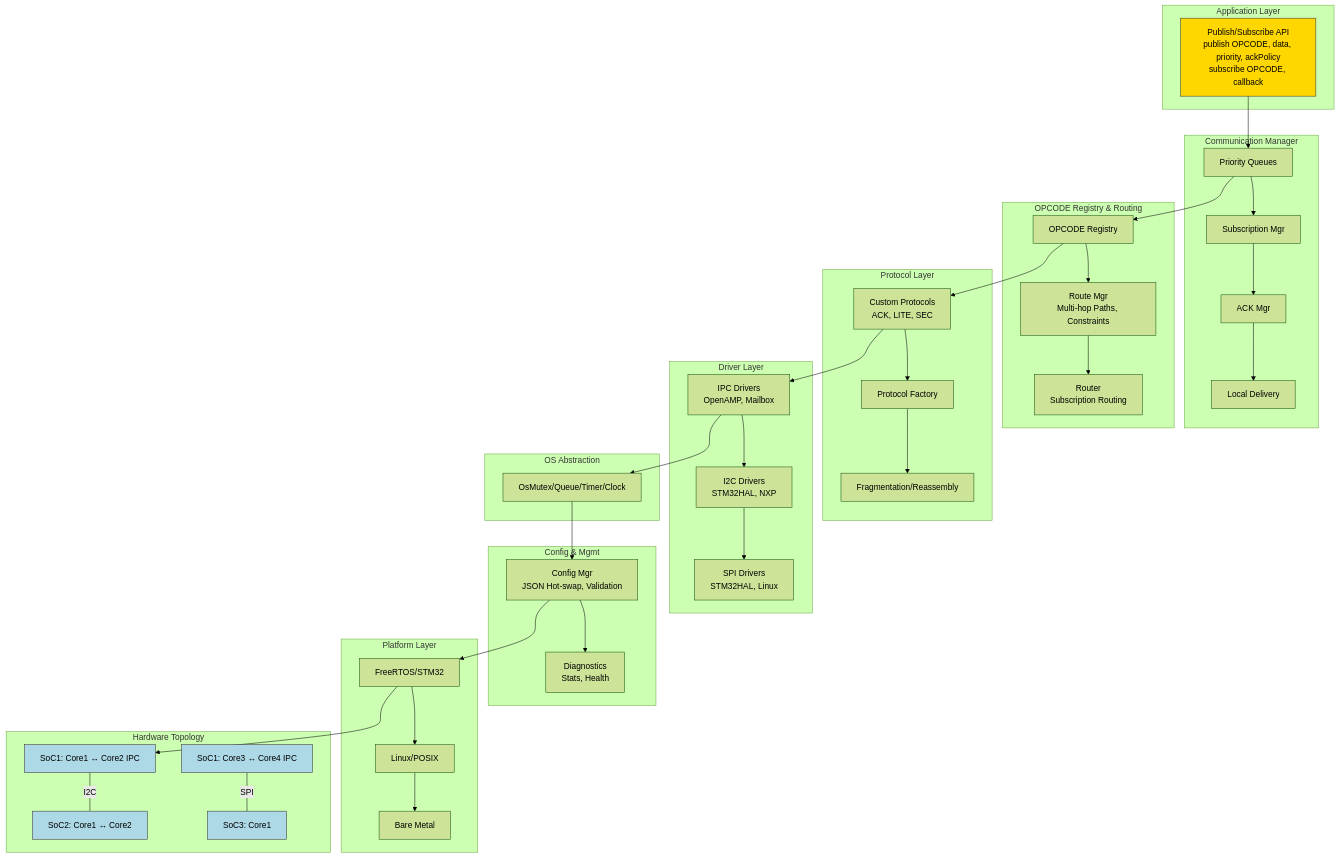
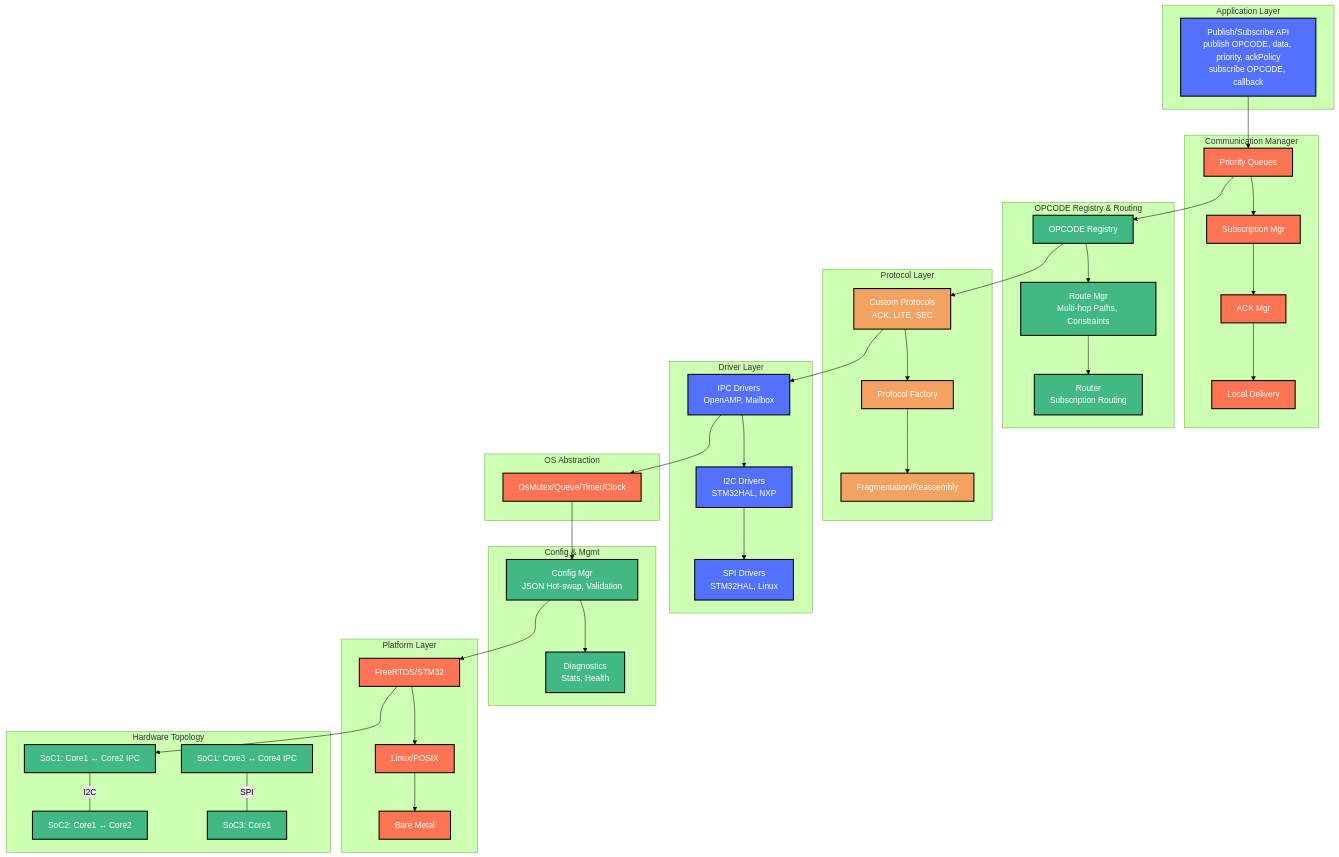
The first of 6 diagrams in docs/1-opcode-messaging-system.md (maxim-pain/opcode-messaging-system), drawn with Mermaid (forest theme) before and after one commit. The commit also changed other lines of this file, not shown here.

````diff
--- a/docs/1-opcode-messaging-system.md
+++ b/docs/1-opcode-messaging-system.md
@@ -55,5 +55,17 @@
 ```mermaid
 graph TD
+
+%% Using high-contrast colors that work well on both dark and light backgrounds
+classDef client fill:#5271ff,stroke:#000000,stroke-width:2px,color:#ffffff
+classDef server fill:#ff7452,stroke:#000000,stroke-width:2px,color:#ffffff
+classDef library fill:#42b983,stroke:#000000,stroke-width:2px,color:#ffffff
+classDef tools fill:#f4a261,stroke:#000000,stroke-width:2px,color:#ffffff
+classDef test fill:#8338ec,stroke:#000000,stroke-width:2px,color:#ffffff
+classDef build fill:#8338ec,stroke:#000000,stroke-width:2px,color:#ffffff
+classDef data fill:#42b983,stroke:#000000,stroke-width:2px,color:#ffffff
+classDef engine fill:#5271ff,stroke:#000000,stroke-width:2px,color:#ffffff
+classDef external fill:#ff7452,stroke:#000000,stroke-width:2px,color:#ffffff
+
     subgraph AppLayer["Application Layer"]
         A["Publish/Subscribe API<br/>publish OPCODE, data, priority, ackPolicy<br/>subscribe OPCODE, callback"]
     end
@@ -106,9 +118,28 @@
     P --> R
     R --> U
 
-    classDef appStyle fill:#ffd700,stroke:#333
-    classDef hwStyle fill:#add8e6,stroke:#333
-
-    class A appStyle
-    class U,V,W,X hwStyle
+    class A client
+    class B server
+    class C server
+    class D server
+    class E server
+    class F library
+    class G library
+    class H library
+    class I tools
+    class J tools
+    class K tools
+    class L engine
+    class M engine
+    class N engine
+    class O external
+    class P data
+    class Q data
+    class R external
+    class S external
+    class T external
+    class U data
+    class V data
+    class W data
+    class X data
 ```
````
